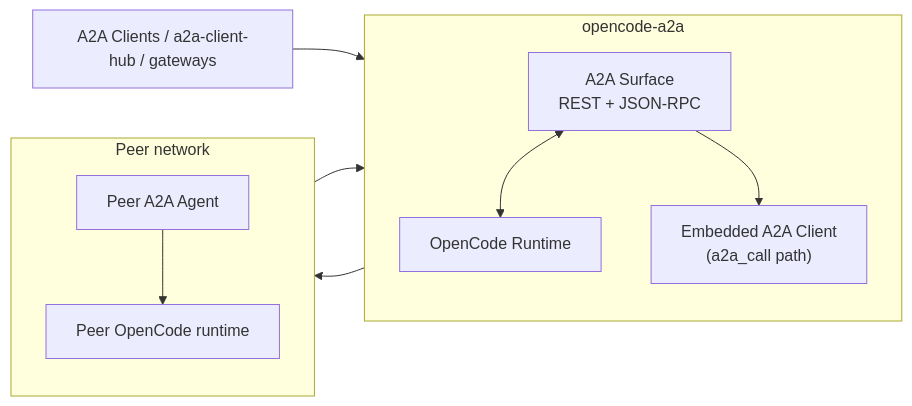
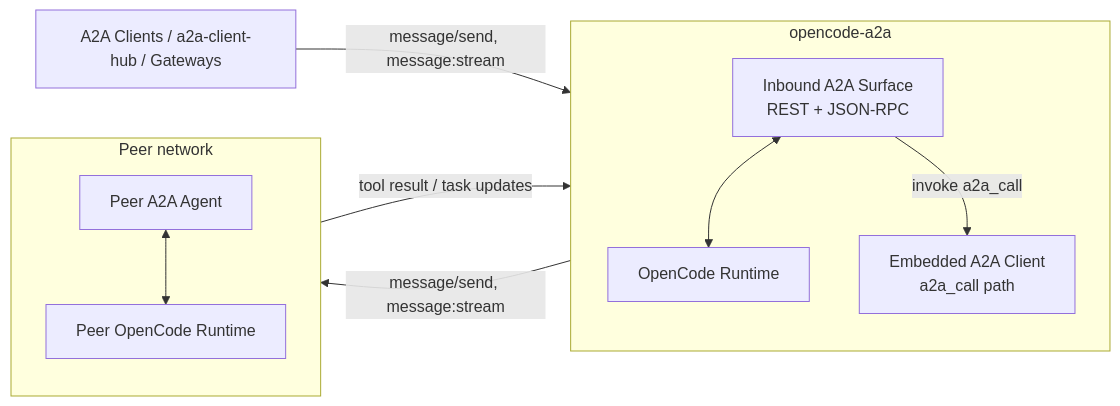
The diagram in README.md (Intelligent-Internet/opencode-a2a), drawn with Mermaid before and after one commit. The commit also changed other lines of this file, not shown here.

Commit message:
docs: reorganize README for clearer root-level structure

````diff
--- a/README.md
+++ b/README.md
@@ -15,24 +18,24 @@
 ```mermaid
 flowchart LR
-    External["A2A Clients / a2a-client-hub / gateways"]
+    External["A2A Clients / a2a-client-hub / Gateways"]
 
     subgraph Adapter["opencode-a2a"]
         direction TB
-        Ingress["A2A Surface\nREST + JSON-RPC"]
+        Ingress["Inbound A2A Surface\nREST + JSON-RPC"]
         OpenCode["OpenCode Runtime"]
-        Outbound["Embedded A2A Client\n(a2a_call path)"]
-        Ingress <--> OpenCode
-        Ingress --> Outbound
+        Outbound["Embedded A2A Client\na2a_call path"]
     end
 
     subgraph Peers["Peer network"]
         direction TB
-        ClientA["Peer A2A Agent"]
-        RuntimeB["Peer OpenCode runtime"]
-        ClientA --> RuntimeB
+        PeerA2A["Peer A2A Agent"]
+        PeerRuntime["Peer OpenCode Runtime"]
+        PeerA2A <--> PeerRuntime
     end
 
-    External --> Ingress
-    Outbound --> ClientA
-    ClientA --> Outbound
+    External -->|message/send, message:stream| Ingress
+    Ingress <--> OpenCode
+    Ingress -->|invoke a2a_call| Outbound
+    Outbound -->|message/send, message:stream| PeerA2A
+    PeerA2A -->|tool result / task updates| Outbound
 ```
````
